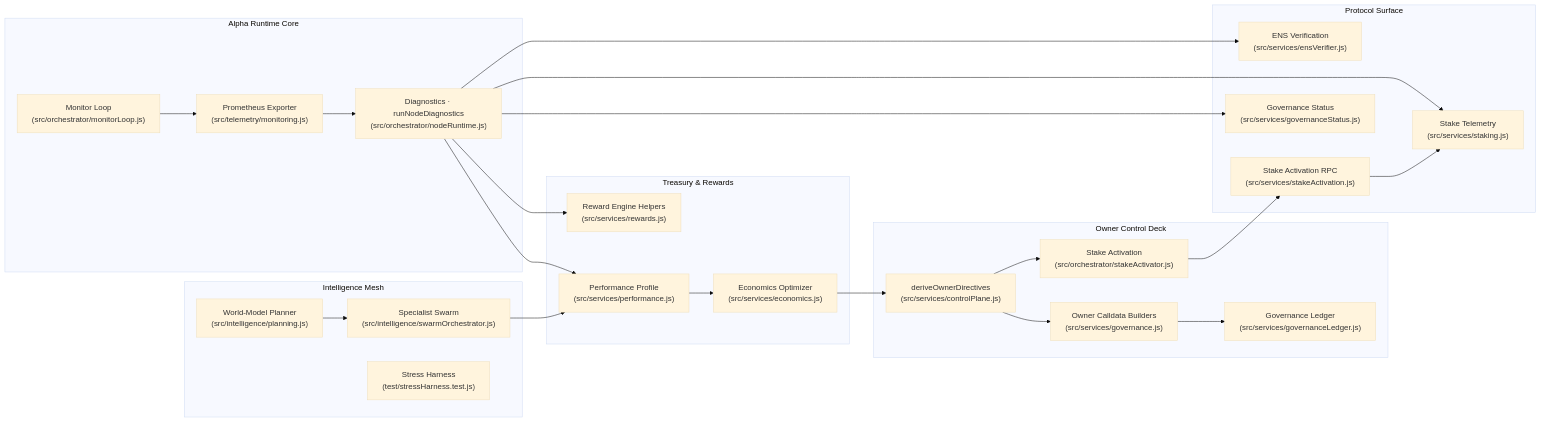
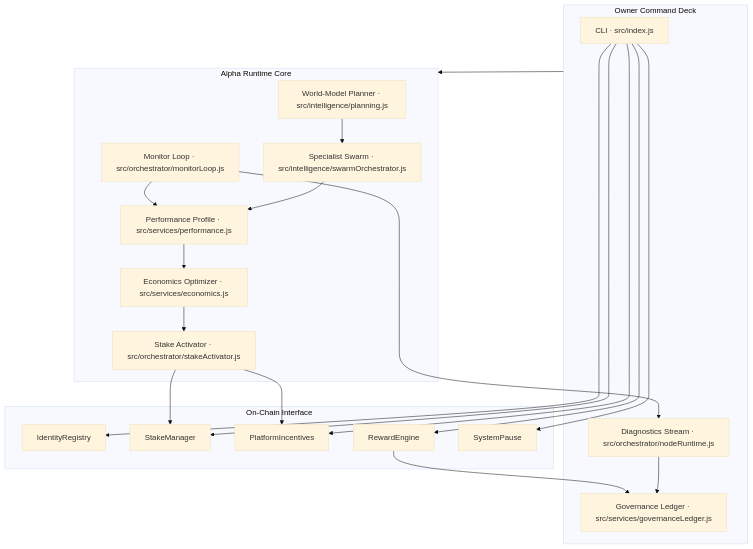
The first of 8 diagrams in docs/economics.md (MontrealAI/AGI-Alpha-Node-v0), drawn with Mermaid (base theme) before and after one commit. The commit also changed other lines of this file, not shown here.

Commit message:
Revise economics codex with owner-governed controls

````diff
--- a/docs/economics.md
+++ b/docs/economics.md
@@ -45,47 +50,42 @@
 ```mermaid
-graph LR
-  subgraph Runtime["Alpha Runtime Core"]
-    diagnostics["Diagnostics · runNodeDiagnostics\n(src/orchestrator/nodeRuntime.js)"]
-    monitor["Monitor Loop\n(src/orchestrator/monitorLoop.js)"]
-    telemetry["Prometheus Exporter\n(src/telemetry/monitoring.js)"]
-  end
-  subgraph Intelligence["Intelligence Mesh"]
-    planner["World-Model Planner\n(src/intelligence/planning.js)"]
-    swarm["Specialist Swarm\n(src/intelligence/swarmOrchestrator.js)"]
-    sentinel["Stress Harness\n(test/stressHarness.test.js)"]
-  end
-  subgraph Treasury["Treasury & Rewards"]
-    economics["Economics Optimizer\n(src/services/economics.js)"]
-    rewards["Reward Engine Helpers\n(src/services/rewards.js)"]
-    performance["Performance Profile\n(src/services/performance.js)"]
-  end
-  subgraph Governance["Owner Control Deck"]
-    controlPlane["deriveOwnerDirectives\n(src/services/controlPlane.js)"]
-    stakeActivator["Stake Activation\n(src/orchestrator/stakeActivator.js)"]
-    governance["Owner Calldata Builders\n(src/services/governance.js)"]
-    ledger["Governance Ledger\n(src/services/governanceLedger.js)"]
-  end
-  subgraph ChainSurface["Protocol Surface"]
-    ens["ENS Verification\n(src/services/ensVerifier.js)"]
-    staking["Stake Telemetry\n(src/services/staking.js)"]
-    activation["Stake Activation RPC\n(src/services/stakeActivation.js)"]
-    governanceStatus["Governance Status\n(src/services/governanceStatus.js)"]
+flowchart TD
+  subgraph OperatorDeck["Owner Command Deck"]
+    CLI["CLI · src/index.js"]
+    Ledger["Governance Ledger · src/services/governanceLedger.js"]
+    Dash["Diagnostics Stream · src/orchestrator/nodeRuntime.js"]
   end
 
-  diagnostics --> ens
-  diagnostics --> staking
-  diagnostics --> performance
-  diagnostics --> rewards
-  diagnostics --> governanceStatus
-  planner --> swarm
-  swarm --> performance
-  monitor --> telemetry
-  telemetry --> diagnostics
-  performance --> economics
-  economics --> controlPlane
-  controlPlane --> governance
-  controlPlane --> stakeActivator
-  governance --> ledger
-  stakeActivator --> activation
-  activation --> staking
+  subgraph RuntimeCore["Alpha Runtime Core"]
+    Planner["World-Model Planner · src/intelligence/planning.js"]
+    Swarm["Specialist Swarm · src/intelligence/swarmOrchestrator.js"]
+    Monitor["Monitor Loop · src/orchestrator/monitorLoop.js"]
+    Performance["Performance Profile · src/services/performance.js"]
+    Economics["Economics Optimizer · src/services/economics.js"]
+    StakeActivator["Stake Activator · src/orchestrator/stakeActivator.js"]
+  end
+
+  subgraph ProtocolSurface["On-Chain Interface"]
+    Identity["IdentityRegistry"]
+    StakeManager["StakeManager"]
+    Incentives["PlatformIncentives"]
+    Rewards["RewardEngine"]
+    Pause["SystemPause"]
+  end
+
+  OperatorDeck --> RuntimeCore
+  Planner --> Swarm
+  Swarm --> Performance
+  Performance --> Economics
+  Monitor --> Performance
+  Monitor --> Dash
+  Economics --> StakeActivator
+  StakeActivator --> Incentives
+  StakeActivator --> StakeManager
+  CLI --> Pause
+  CLI --> Rewards
+  CLI --> Identity
+  CLI --> StakeManager
+  CLI --> Incentives
+  Dash --> Ledger
+  Rewards --> Ledger
 ```
````
